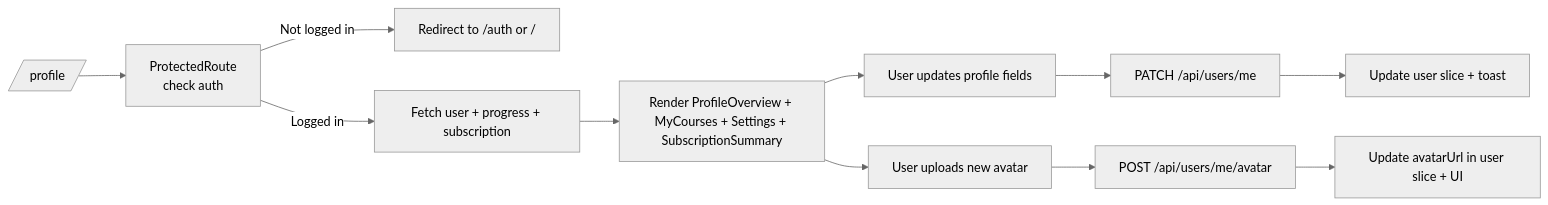
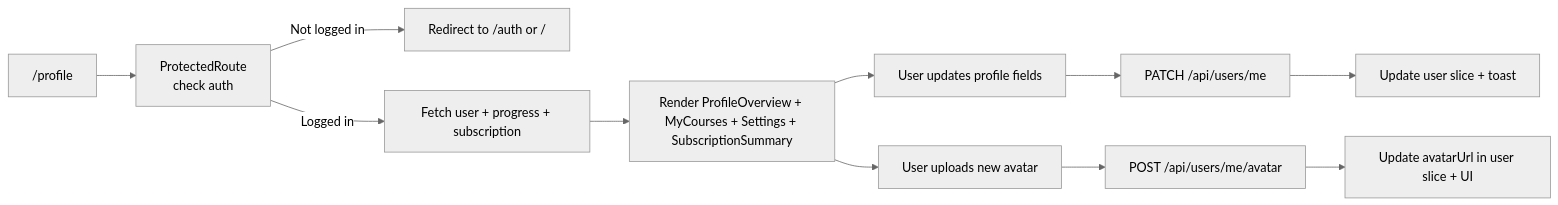
One commit to annnsvm/buero.de changed the diagram in buero-frontend/docs/frontend-features/09-user-profile-ui.md. Above: the diagram before and after it, drawn with Mermaid (neutral theme). The commit also changed 8 other files, not shown here.

Commit message:
docs: fix mermide diagram view issues

````diff
--- a/buero-frontend/docs/frontend-features/09-user-profile-ui.md
+++ b/buero-frontend/docs/frontend-features/09-user-profile-ui.md
@@ -132,15 +132,15 @@
 ```mermaid
 flowchart LR
-  A[/profile/] --> B[ProtectedRoute<br/>check auth]
+  A["/profile"] --> B[ProtectedRoute<br/>check auth]
   B -->|Not logged in| C[Redirect to /auth or /]
   B -->|Logged in| D[Fetch user + progress + subscription]
   D --> E[Render ProfileOverview + MyCourses + Settings + SubscriptionSummary]
 
   E --> F[User updates profile fields]
   F --> G[PATCH /api/users/me]
   G --> H[Update user slice + toast]
 
   E --> I[User uploads new avatar]
   I --> J[POST /api/users/me/avatar]
   J --> K[Update avatarUrl in user slice + UI]
 ```
````
